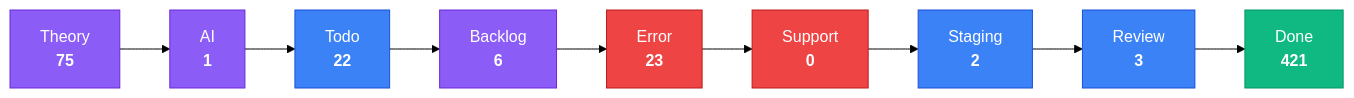
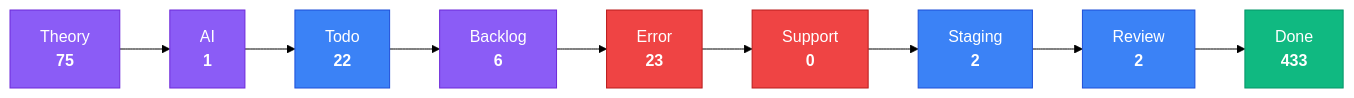
One commit to KBVE/kbve changed the third of 4 diagrams in apps/kbve/astro-kbve/src/content/docs/dashboard/kanban-data.mdx. Above: the diagram before and after it, drawn with Mermaid (forest theme). The commit also changed other lines of this file and 2 other files, not shown here.

````diff
--- a/apps/kbve/astro-kbve/src/content/docs/dashboard/kanban-data.mdx
+++ b/apps/kbve/astro-kbve/src/content/docs/dashboard/kanban-data.mdx
@@ -215,28 +215,28 @@
 ```mermaid
 flowchart LR
     classDef planning fill:#8b5cf6,stroke:#6d28d9,color:#fff
     classDef active fill:#3b82f6,stroke:#1d4ed8,color:#fff
     classDef blocked fill:#ef4444,stroke:#b91c1c,color:#fff
     classDef done fill:#10b981,stroke:#059669,color:#fff
     Theory["Theory<br/><strong>75</strong>"]
     Theory --> AI
     AI["AI<br/><strong>1</strong>"]
     AI --> Todo
     Todo["Todo<br/><strong>22</strong>"]
     Todo --> Backlog
     Backlog["Backlog<br/><strong>6</strong>"]
     Backlog --> Error
     Error["Error<br/><strong>23</strong>"]
     Error --> Support
     Support["Support<br/><strong>0</strong>"]
     Support --> Staging
     Staging["Staging<br/><strong>2</strong>"]
     Staging --> Review
-    Review["Review<br/><strong>3</strong>"]
+    Review["Review<br/><strong>2</strong>"]
     Review --> Done
-    Done["Done<br/><strong>421</strong>"]
+    Done["Done<br/><strong>433</strong>"]
     class Theory,AI,Backlog planning
     class Todo,Staging,Review active
     class Error,Support blocked
     class Done done
 ```
````
